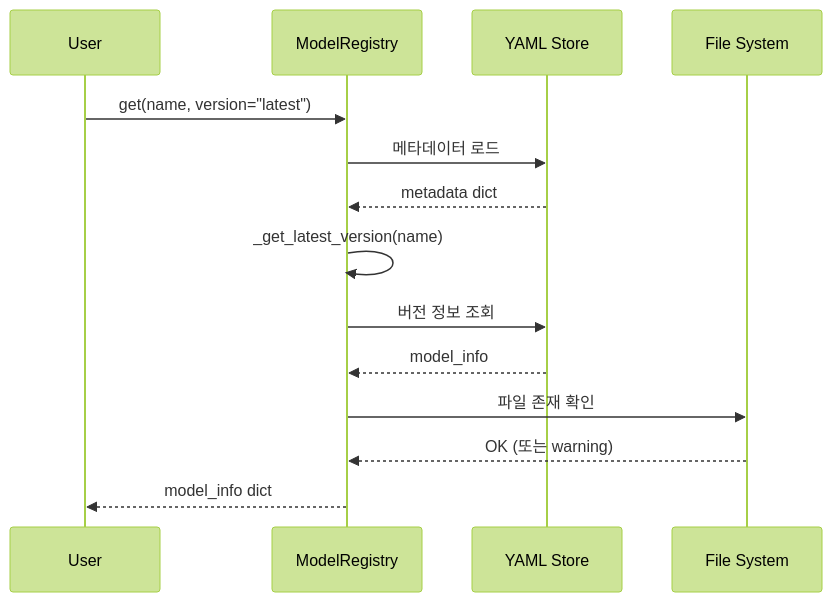
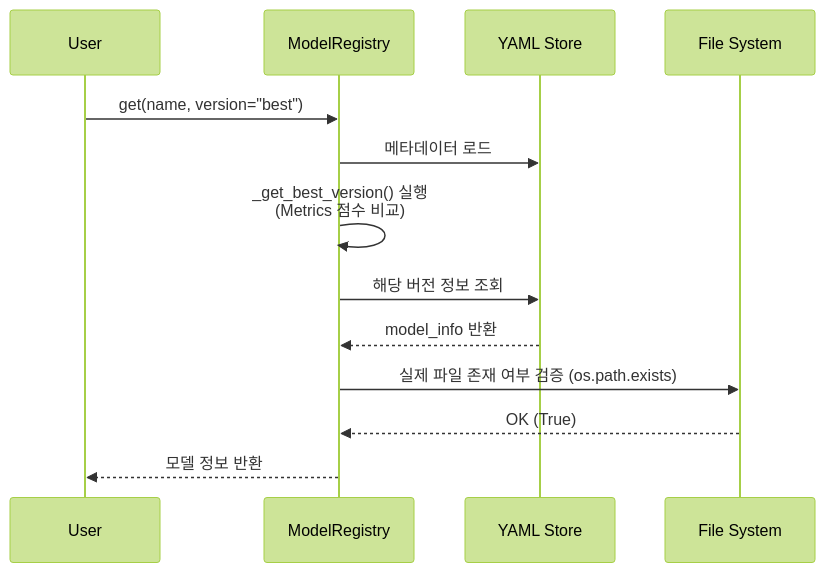
Before and after one commit to TiraaK/lightweight-model-registry: the third of 3 diagrams in SYSTEM_DESIGN.md, drawn with Mermaid (forest theme). The commit also changed other lines of this file and 2 other files, not shown here.

````diff
--- a/SYSTEM_DESIGN.md
+++ b/SYSTEM_DESIGN.md
@@ -307,17 +135,16 @@
 ```mermaid
 sequenceDiagram
     participant User
     participant API as ModelRegistry
     participant META as YAML Store
     participant FS as File System
 
-    User->>API: get(name, version="latest")
+    User->>API: get(name, version="best")
     API->>META: 메타데이터 로드
-    META-->>API: metadata dict
-    API->>API: _get_latest_version(name)
-    API->>META: 버전 정보 조회
-    META-->>API: model_info
-    API->>FS: 파일 존재 확인
-    FS-->>API: OK (또는 warning)
-    API-->>User: model_info dict
+    API->>API: _get_best_version() 실행<br>(Metrics 점수 비교)
+    API->>META: 해당 버전 정보 조회
+    META-->>API: model_info 반환
+    API->>FS: 실제 파일 존재 여부 검증 (os.path.exists)
+    FS-->>API: OK (True)
+    API-->>User: 모델 정보 반환
 ```
````
